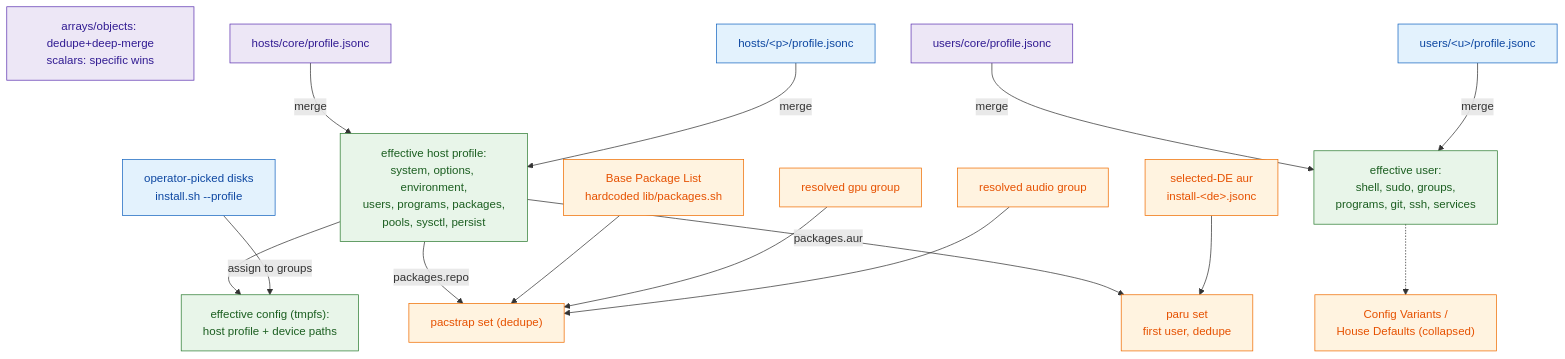
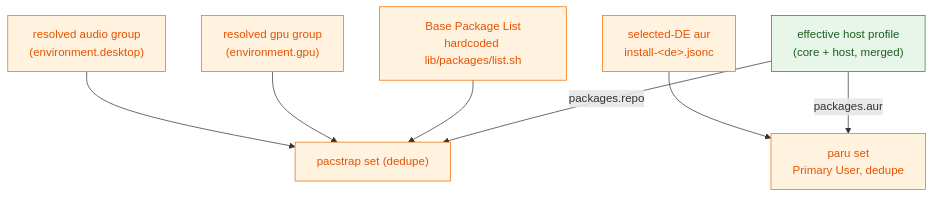
One commit to Aquastias/Arch-Dotfiles changed the third of 4 diagrams in .os/ARCHITECTURE.md. Above: the diagram before and after it, drawn with Mermaid. The commit also changed other lines of this file and 12 other files, not shown here.

Commit message:
docs: Sync installer docs, ADRs, and diagrams with codebase

````diff
--- a/.os/ARCHITECTURE.md
+++ b/.os/ARCHITECTURE.md
@@ -222,43 +242,21 @@
 ```mermaid
 flowchart TD
-  classDef core fill:#ede7f6,stroke:#5e35b1,color:#311b92
-  classDef spec fill:#e3f2fd,stroke:#1565c0,color:#0d47a1
   classDef eff fill:#e8f5e9,stroke:#2e7d32,color:#1b5e20
   classDef set fill:#fff3e0,stroke:#ef6c00,color:#e65100
 
-  R["arrays/objects: dedupe+deep-merge<br/>scalars: specific wins"]:::core
+  HE["effective host profile<br/>(core + host, merged)"]:::eff
 
-  HC["hosts/core/profile.jsonc"]:::core
-  HS["hosts/&lt;p&gt;/profile.jsonc"]:::spec
-  HE["effective host profile:<br/>system, options, environment,<br/>users, programs, packages,<br/>pools, sysctl, persist"]:::eff
-  HC-->|merge|HE
-  HS-->|merge|HE
-
-  DISKS["operator-picked disks<br/>install.sh --profile"]:::spec
-  EC["effective config (tmpfs):<br/>host profile + device paths"]:::eff
-  HE-->EC
-  DISKS-->|assign to groups|EC
-
-  UC["users/core/profile.jsonc"]:::core
-  US["users/&lt;u&gt;/profile.jsonc"]:::spec
-  UE["effective user:<br/>shell, sudo, groups,<br/>programs, git, ssh, services"]:::eff
-  UC-->|merge|UE
-  US-->|merge|UE
-
-  BASE["Base Package List<br/>hardcoded lib/packages.sh"]:::set
-  GPU["resolved gpu group"]:::set
-  AUD["resolved audio group"]:::set
+  BASE["Base Package List<br/>hardcoded lib/packages/list.sh"]:::set
+  GPU["resolved gpu group<br/>(environment.gpu)"]:::set
+  AUD["resolved audio group<br/>(environment.desktop)"]:::set
   PAC["pacstrap set (dedupe)"]:::set
   HE-->|packages.repo|PAC
   BASE-->PAC
   GPU-->PAC
   AUD-->PAC
 
   DEAUR["selected-DE aur<br/>install-&lt;de&gt;.jsonc"]:::set
-  PARU["paru set<br/>first user, dedupe"]:::set
+  PARU["paru set<br/>Primary User, dedupe"]:::set
   HE-->|packages.aur|PARU
   DEAUR-->PARU
-
-  VAR["Config Variants /<br/>House Defaults (collapsed)"]:::set
-  UE-.->VAR
 ```
````
